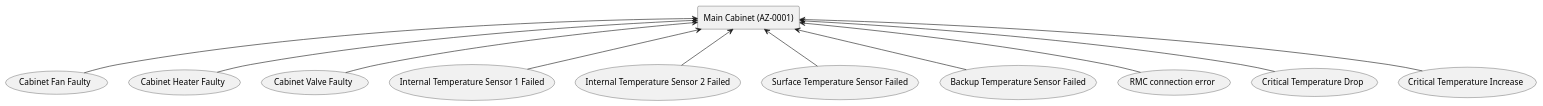
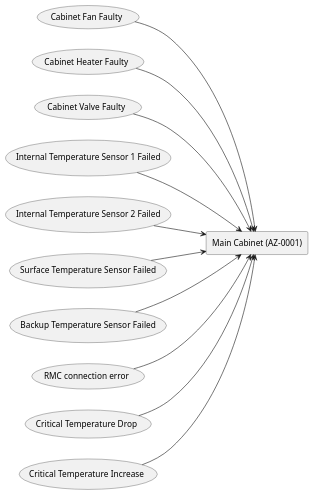
Diagram 11 of 18 in README.md (lsst-ts/ts_tma_tma-documentation_tma-faults), drawn with PlantUML before and after one commit. The commit also changed other lines of this file, not shown here.

Commit message:
refactor: change the diagrams to be left to right instead of top to bottom

````diff
--- a/README.md
+++ b/README.md
@@ -743,36 +752,37 @@
 ```plantuml
 @startuml
+left to right direction
 rectangle "Main Cabinet (AZ-0001)" as MainCabinet
 usecase "Cabinet Fan Faulty" as CabinetFanFaulty
 
-CabinetFanFaulty -u-> MainCabinet
+CabinetFanFaulty --> MainCabinet
 usecase "Cabinet Heater Faulty" as CabinetHeaterFaulty
 
-CabinetHeaterFaulty -u-> MainCabinet
+CabinetHeaterFaulty --> MainCabinet
 usecase "Cabinet Valve Faulty" as CabinetValveFaulty
 
-CabinetValveFaulty -u-> MainCabinet
+CabinetValveFaulty --> MainCabinet
 usecase "Internal Temperature Sensor 1 Failed" as InternalTemperatureSensor1Failed
 
-InternalTemperatureSensor1Failed -u-> MainCabinet
+InternalTemperatureSensor1Failed --> MainCabinet
 usecase "Internal Temperature Sensor 2 Failed" as InternalTemperatureSensor2Failed
 
-InternalTemperatureSensor2Failed -u-> MainCabinet
+InternalTemperatureSensor2Failed --> MainCabinet
 usecase "Surface Temperature Sensor Failed" as SurfaceTemperatureSensorFailed
 
-SurfaceTemperatureSensorFailed -u-> MainCabinet
+SurfaceTemperatureSensorFailed --> MainCabinet
 usecase "Backup Temperature Sensor Failed" as BackupTemperatureSensorFailed
 
-BackupTemperatureSensorFailed -u-> MainCabinet
+BackupTemperatureSensorFailed --> MainCabinet
 usecase "RMC connection error" as RMCconnectionerror
 
-RMCconnectionerror -u-> MainCabinet
+RMCconnectionerror --> MainCabinet
 usecase "Critical Temperature Drop" as CriticalTemperatureDrop
 
-CriticalTemperatureDrop -u-> MainCabinet
+CriticalTemperatureDrop --> MainCabinet
 usecase "Critical Temperature Increase" as CriticalTemperatureIncrease
 
-CriticalTemperatureIncrease -u-> MainCabinet
+CriticalTemperatureIncrease --> MainCabinet
 
 @enduml
 ```
````
